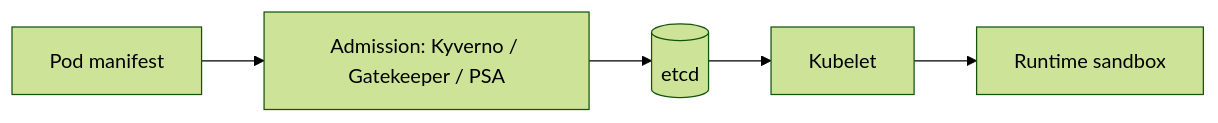
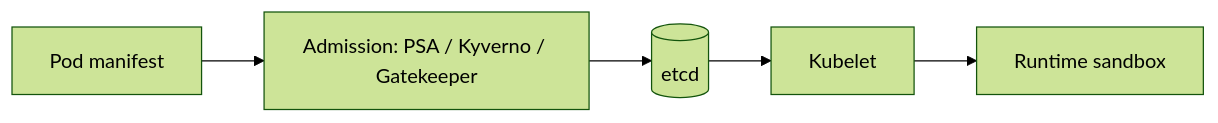
Before and after one commit to darshan-raul/apollo11-docs: the diagram in docs/learn/security/admission-and-runtime.md, drawn with Mermaid (forest theme). The commit also changed other lines of this file and 55 other files, not shown here.

````diff
--- a/docs/learn/security/admission-and-runtime.md
+++ b/docs/learn/security/admission-and-runtime.md
@@ -18,4 +24,4 @@
 ```mermaid
 flowchart LR
-  Y[Pod manifest] --> W[Admission: Kyverno / Gatekeeper / PSA] --> API[(etcd)] --> K[Kubelet] --> R[Runtime sandbox]
+  Y[Pod manifest] --> W[Admission: PSA / Kyverno / Gatekeeper] --> API[(etcd)] --> K[Kubelet] --> R[Runtime sandbox]
 ```
````
